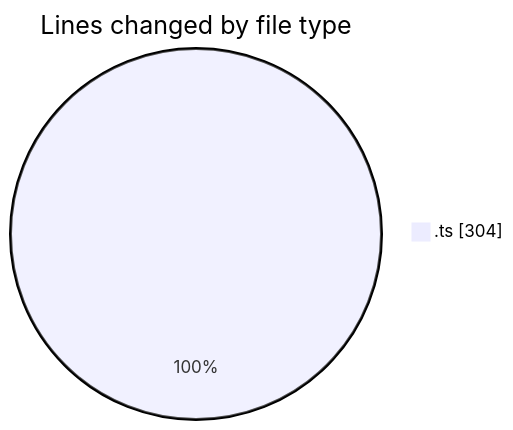
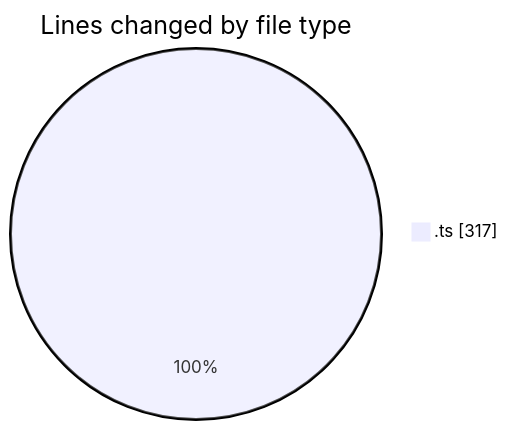
Before and after one commit to tmsrecording-cyber/code-tracking: the first of 2 diagrams in 2026-02-09/singularitybrainai/README.md, drawn with Mermaid. The commit also changed other lines of this file and 1 other file, not shown here.

````diff
--- a/2026-02-09/singularitybrainai/README.md
+++ b/2026-02-09/singularitybrainai/README.md
@@ -21,5 +21,5 @@
 ```mermaid
 pie showData
 title Lines changed by file type
-".ts" : 304
+".ts" : 317
 ```
````
